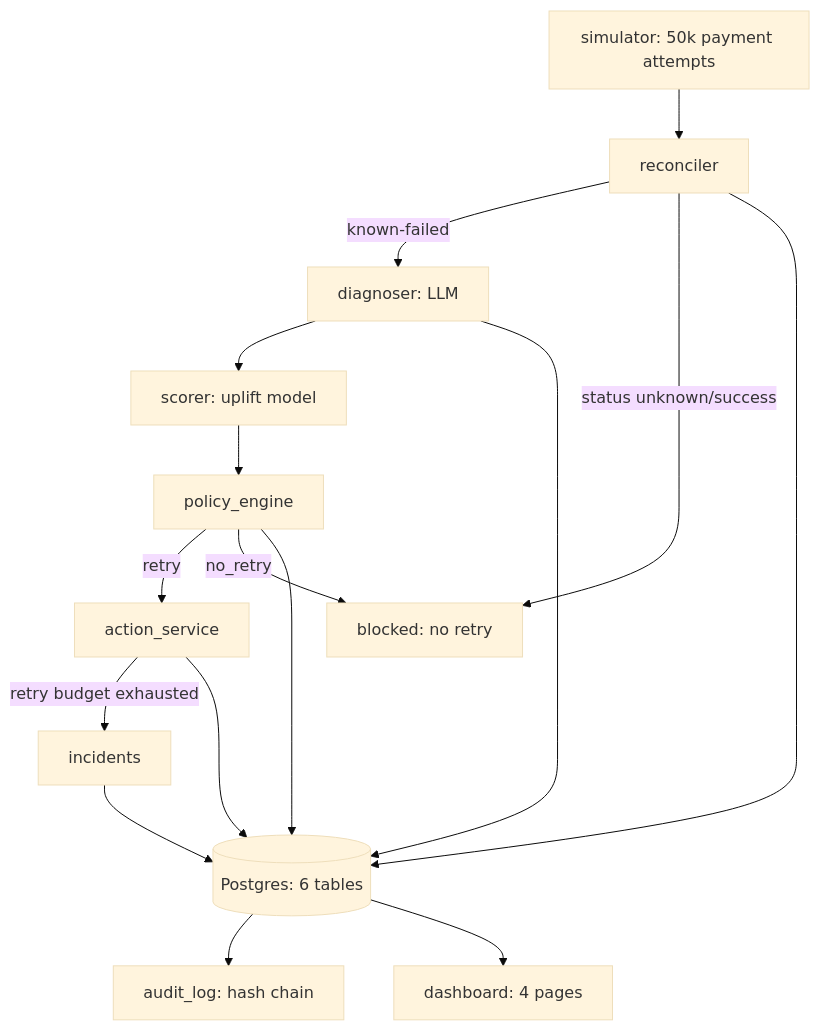
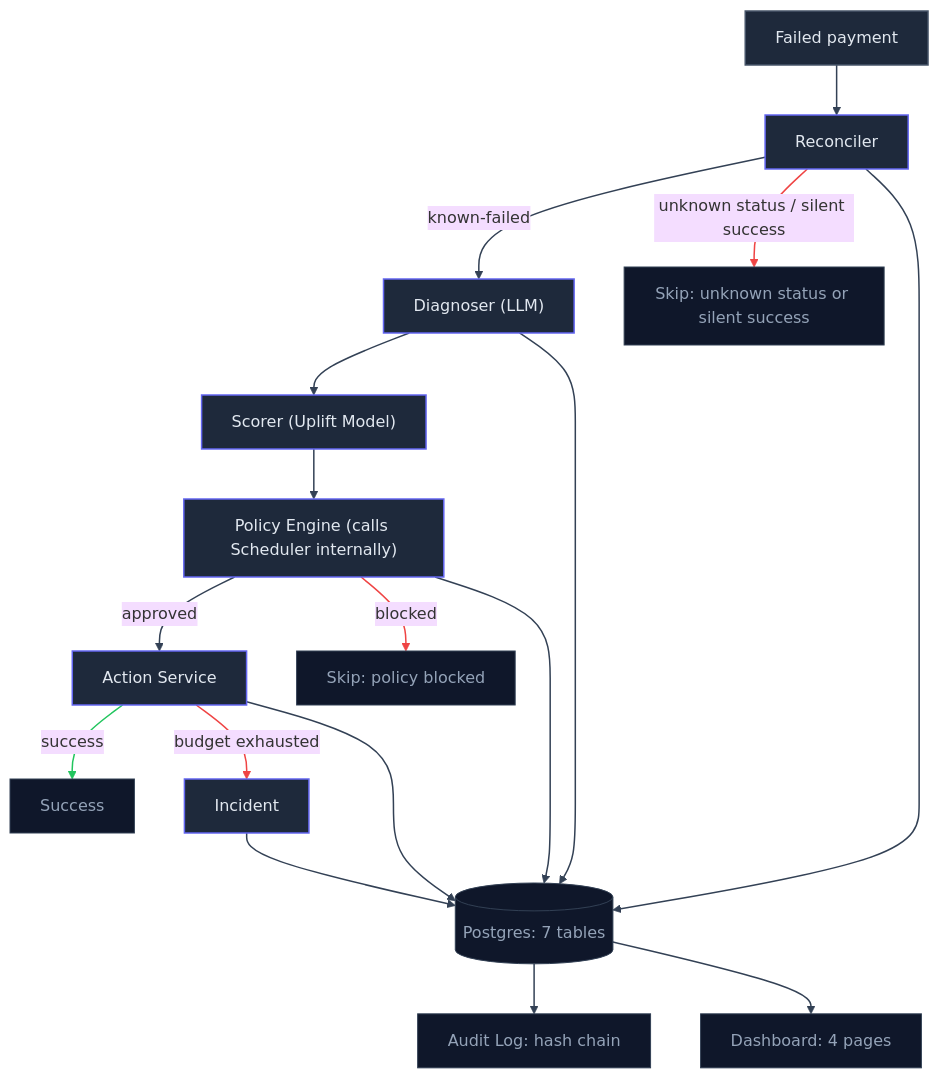
The diagram in ARCHITECTURE.md (Sukanthan06/Uplift), drawn with Mermaid (base theme) before and after one commit. The commit also changed other lines of this file and 1 other file, not shown here.

First paragraph of the commit message:
docs(architecture): redraw pipeline diagram with accurate structure
Previous mermaid diagram (README.md, ARCHITECTURE.md) had three real
inaccuracies, caught during a fact-check pass before redrawing:

````diff
--- a/ARCHITECTURE.md
+++ b/ARCHITECTURE.md
@@ -11,18 +11,31 @@
 ```mermaid
 flowchart TD
-    A[simulator: 50k payment attempts] --> B[reconciler]
-    B -->|known-failed| C[diagnoser: LLM]
-    B -->|status unknown/success| Z[blocked: no retry]
-    C --> D[scorer: uplift model]
-    D --> E[policy_engine]
-    E -->|retry| F[action_service]
-    E -->|no_retry| Z
-    F -->|retry budget exhausted| J[incidents]
-    F --> G[(Postgres: 6 tables)]
-    B --> G
+    A[Failed payment] --> B[Reconciler]
+    B -->|known-failed| C["Diagnoser (LLM)"]
+    B -->|unknown status / silent success| S1[Skip: unknown status or silent success]
+    C --> D["Scorer (Uplift Model)"]
+    D --> E["Policy Engine (calls Scheduler internally)"]
+    E -->|approved| F[Action Service]
+    E -->|blocked| S2[Skip: policy blocked]
+    F -->|success| SUCC[Success]
+    F -->|budget exhausted| INC[Incident]
+    B --> G[(Postgres: 7 tables)]
     C --> G
     E --> G
-    J --> G
-    G --> H[audit_log: hash chain]
-    G --> I[dashboard: 4 pages]
+    F --> G
+    INC --> G
+    G --> H[Audit Log: hash chain]
+    G --> I[Dashboard: 4 pages]
+
+    classDef entry fill:#1e293b,stroke:#475569,stroke-width:1.5px,color:#e2e8f0;
+    classDef service fill:#1e293b,stroke:#6366f1,stroke-width:1.5px,color:#e2e8f0;
+    classDef terminal fill:#0f172a,stroke:#334155,stroke-width:1px,color:#94a3b8;
+
+    class A entry;
+    class B,C,D,E,F,INC service;
+    class S1,S2,SUCC,G,H,I terminal;
+
+    linkStyle 2,6,8 stroke:#ef4444,stroke-width:1.5px;
+    linkStyle 7 stroke:#22c55e,stroke-width:1.5px;
+    linkStyle 0,1,3,4,5,9,10,11,12,13,14,15 stroke:#334155,stroke-width:1.5px;
 ```
````
